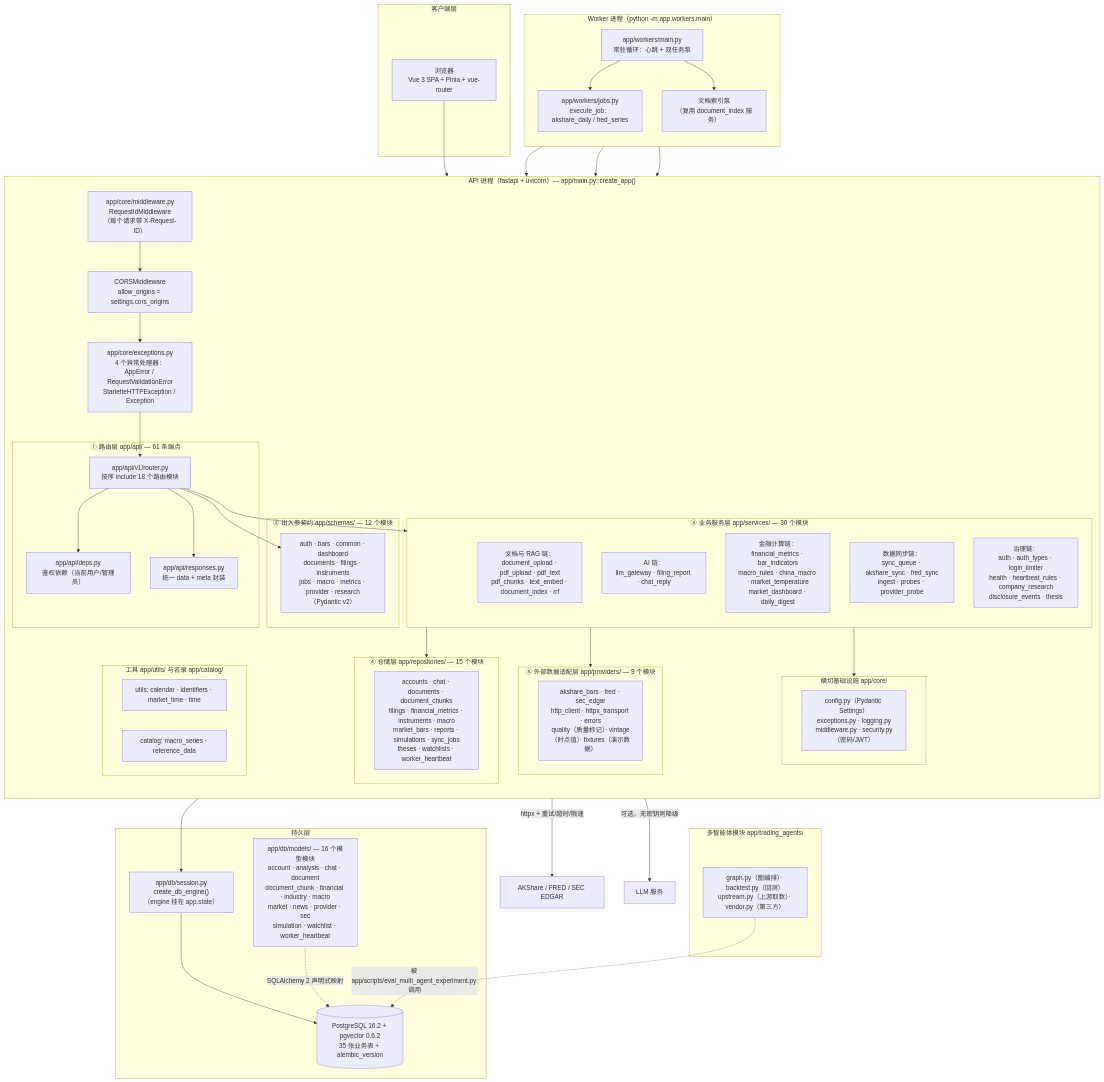
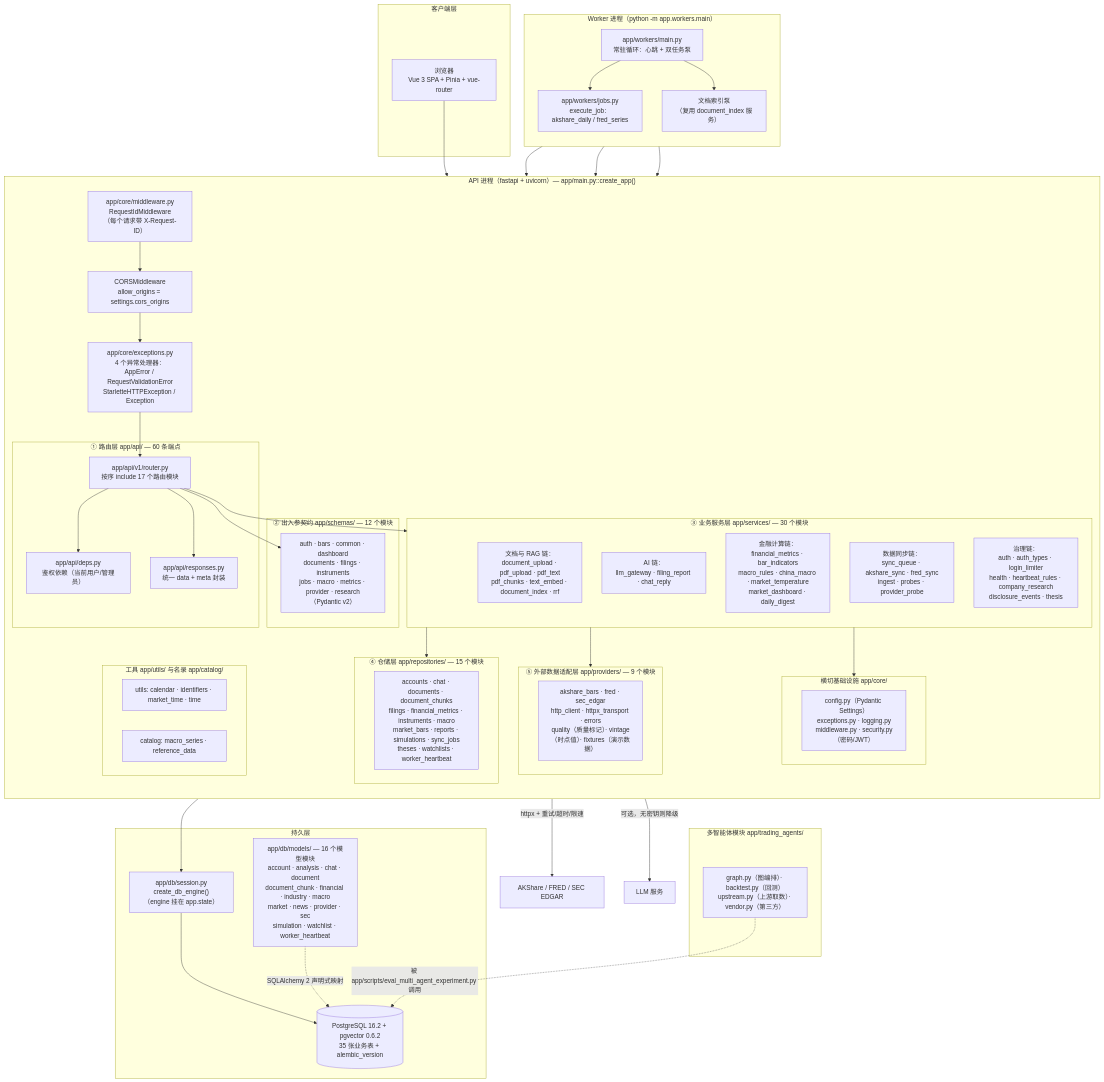
Before and after one commit to tl307440-boop/finscope-ai: the second of 6 diagrams in docs/thesis/架构图.md, drawn with Mermaid. The commit also changed other lines of this file and 45 other files, not shown here.

Commit message:
按规格书补齐：调度器、真实中国宏观与公告链路、E2E 与截图、论文材料

```diff
--- a/docs/thesis/架构图.md
+++ b/docs/thesis/架构图.md
@@ -58,8 +70,8 @@
         CORS["CORSMiddleware<br/>allow_origins = settings.cors_origins"]
         EXH["app/core/exceptions.py<br/>4 个异常处理器：<br/>AppError / RequestValidationError<br/>StarletteHTTPException / Exception"]
 
-        subgraph ROUTES["① 路由层 app/api/ — 61 条端点"]
-            RT["app/api/v1/router.py<br/>按序 include 18 个路由模块"]
+        subgraph ROUTES["① 路由层 app/api/ — 60 条端点"]
+            RT["app/api/v1/router.py<br/>按序 include 17 个路由模块"]
             DEPS["app/api/deps.py<br/>鉴权依赖（当前用户/管理员）"]
             RESP["app/api/responses.py<br/>统一 data + meta 封装"]
         end
```
